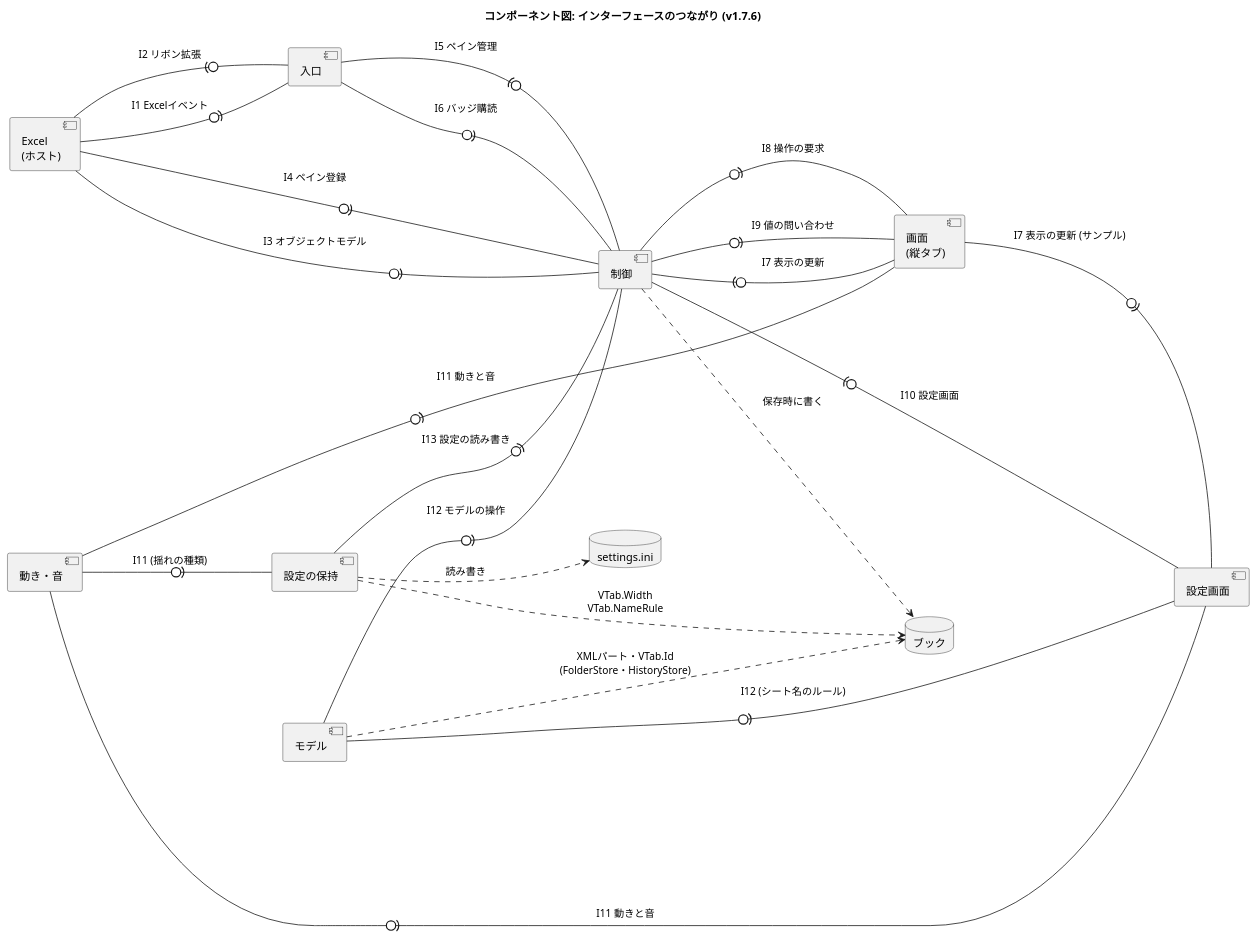
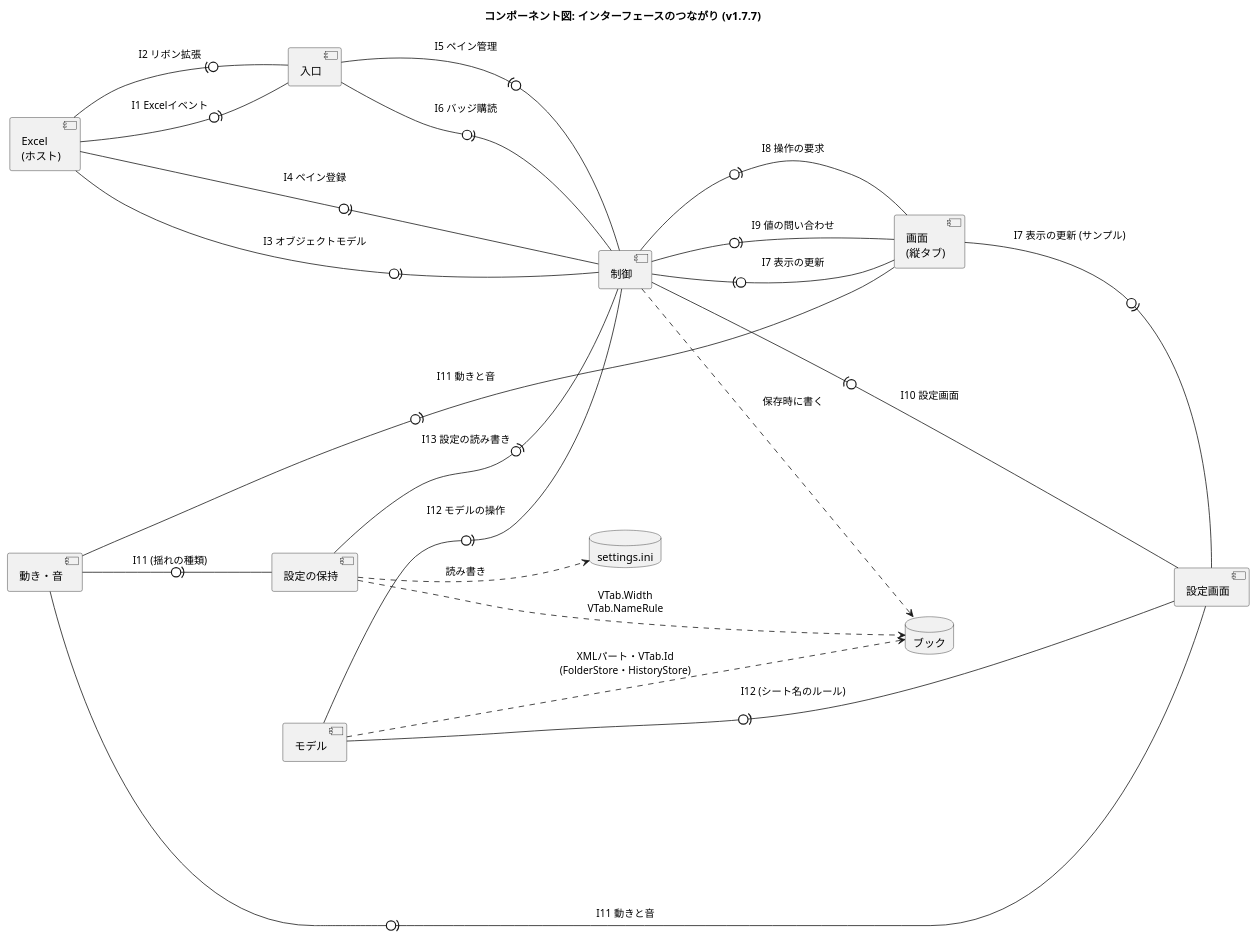
The diagram in docs/component-interface.puml (nk-taka623/VerticalSheetTabs), drawn with PlantUML before and after one commit. The commit also changed 15 other files, not shown here.

Commit message:
v1.7.7: バージョンを上げる (README の変更点、設定画面の画像、図)

```diff
--- a/docs/component-interface.puml
+++ b/docs/component-interface.puml
@@ -1,43 +1,43 @@
 @startuml
-title コンポーネント図: インターフェースのつながり (v1.7.6)
+title コンポーネント図: インターフェースのつながり (v1.7.7)
 left to right direction
 skinparam componentStyle uml2
 skinparam shadowing false
 skinparam nodesep 50
 skinparam ranksep 110
 
 component "Excel\n(ホスト)" as HOST
 component "入口" as ENTRY
 component "制御" as CTRL
 component "画面\n(縦タブ)" as VIEW
 component "設定画面" as SETTINGS
 component "動き・音" as FX
 component "モデル" as MODEL
 component "設定の保持" as CONFIG
 database "ブック" as BOOK
 database "settings.ini" as INI
 
 ' 「提供側 -0)- 利用側」: 丸が提供するインターフェース、受け口が利用 (I1 から I13 は、DEVELOPMENT.md の表)
 HOST -0)- ENTRY : I1 Excelイベント
 ENTRY -0)- HOST : I2 リボン拡張
 HOST -0)- CTRL : I3 オブジェクトモデル
 HOST -0)- CTRL : I4 ペイン登録
 CTRL -0)- ENTRY : I5 ペイン管理
 ENTRY -0)- CTRL : I6 バッジ購読
 VIEW -0)- CTRL : I7 表示の更新
 CTRL -0)- VIEW : I8 操作の要求
 CTRL -0)- VIEW : I9 値の問い合わせ
 SETTINGS -0)- CTRL : I10 設定画面
 VIEW -0)- SETTINGS : I7 表示の更新 (サンプル)
 FX -0)- VIEW : I11 動きと音
 FX -0)- SETTINGS : I11 動きと音
 FX -0)- CONFIG : I11 (揺れの種類)
 MODEL -0)- CTRL : I12 モデルの操作
 MODEL -0)- SETTINGS : I12 (シート名のルール)
 CONFIG -0)- CTRL : I13 設定の読み書き
 
 CTRL ..> BOOK : 保存時に書く
 MODEL ..> BOOK : XMLパート・VTab.Id\n(FolderStore・HistoryStore)
 CONFIG ..> BOOK : VTab.Width\nVTab.NameRule
 CONFIG ..> INI : 読み書き
 @enduml
```
